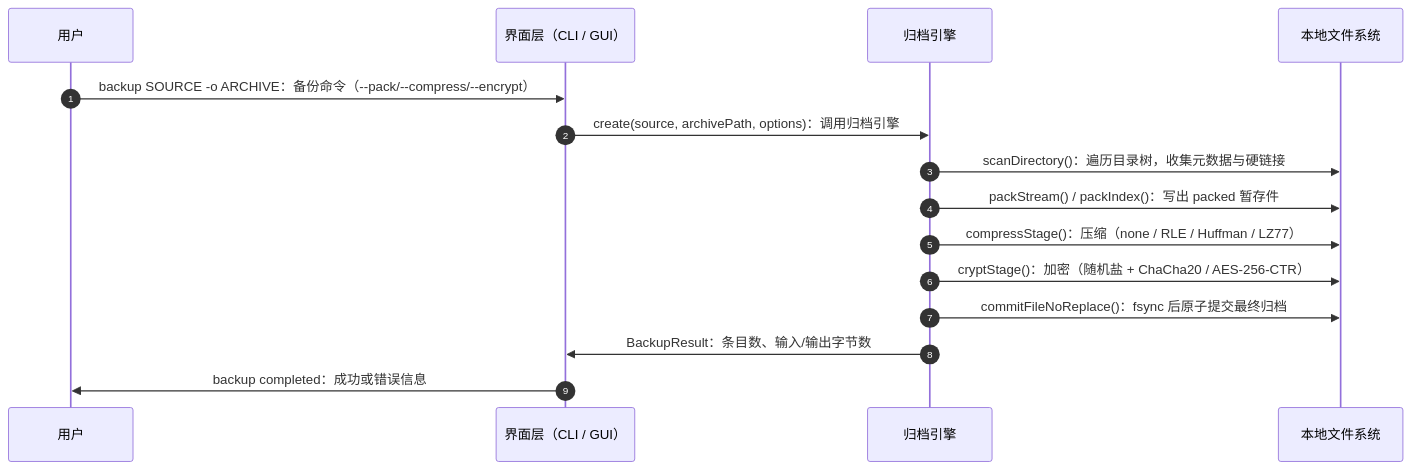
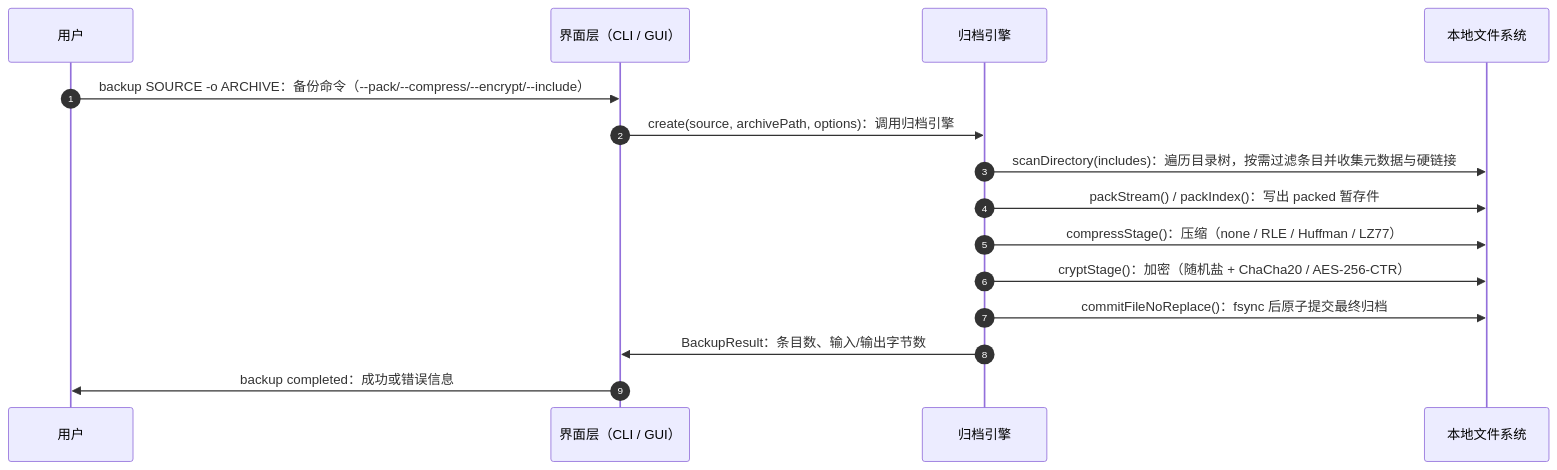
One commit to ByerScipt/backup_system changed the diagram in docs/mermaid/seq-local-backup.mmd. Above: the diagram before and after it, drawn with Mermaid. The commit also changed 53 other files, not shown here.

```diff
--- a/docs/mermaid/seq-local-backup.mmd
+++ b/docs/mermaid/seq-local-backup.mmd
@@ -1,15 +1,15 @@
 sequenceDiagram
     autonumber
     participant P0 as 用户
     participant P1 as 界面层（CLI / GUI）
     participant P2 as 归档引擎
     participant P3 as 本地文件系统
-    P0->>P1: backup SOURCE -o ARCHIVE：备份命令（--pack/--compress/--encrypt）
+    P0->>P1: backup SOURCE -o ARCHIVE：备份命令（--pack/--compress/--encrypt/--include）
     P1->>P2: create(source, archivePath, options)：调用归档引擎
-    P2->>P3: scanDirectory()：遍历目录树，收集元数据与硬链接
+    P2->>P3: scanDirectory(includes)：遍历目录树，按需过滤条目并收集元数据与硬链接
     P2->>P3: packStream() / packIndex()：写出 packed 暂存件
     P2->>P3: compressStage()：压缩（none / RLE / Huffman / LZ77）
     P2->>P3: cryptStage()：加密（随机盐 + ChaCha20 / AES-256-CTR）
     P2->>P3: commitFileNoReplace()：fsync 后原子提交最终归档
     P2->>P1: BackupResult：条目数、输入/输出字节数
     P1->>P0: backup completed：成功或错误信息
```
